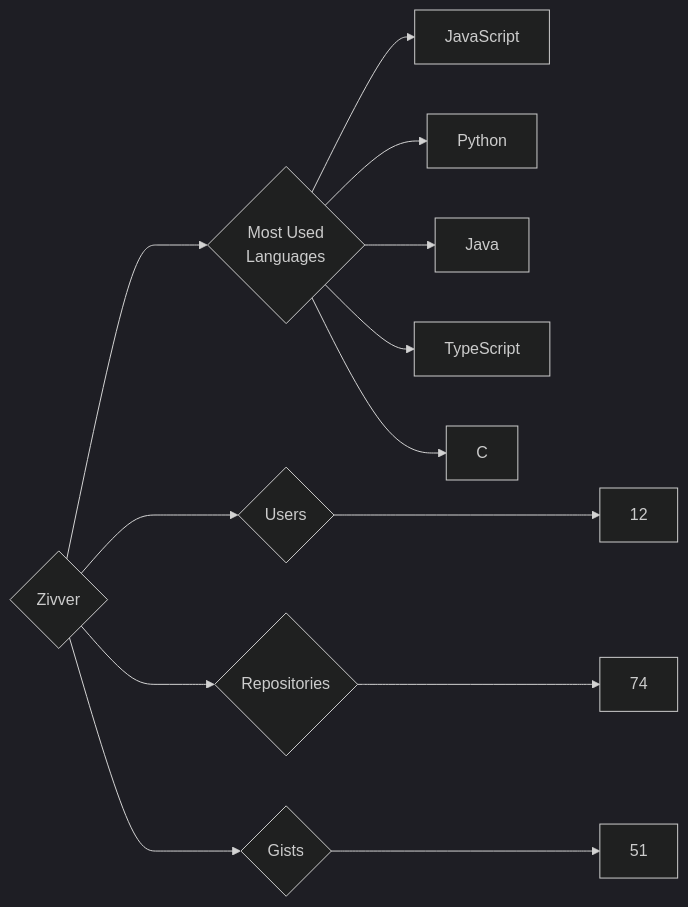
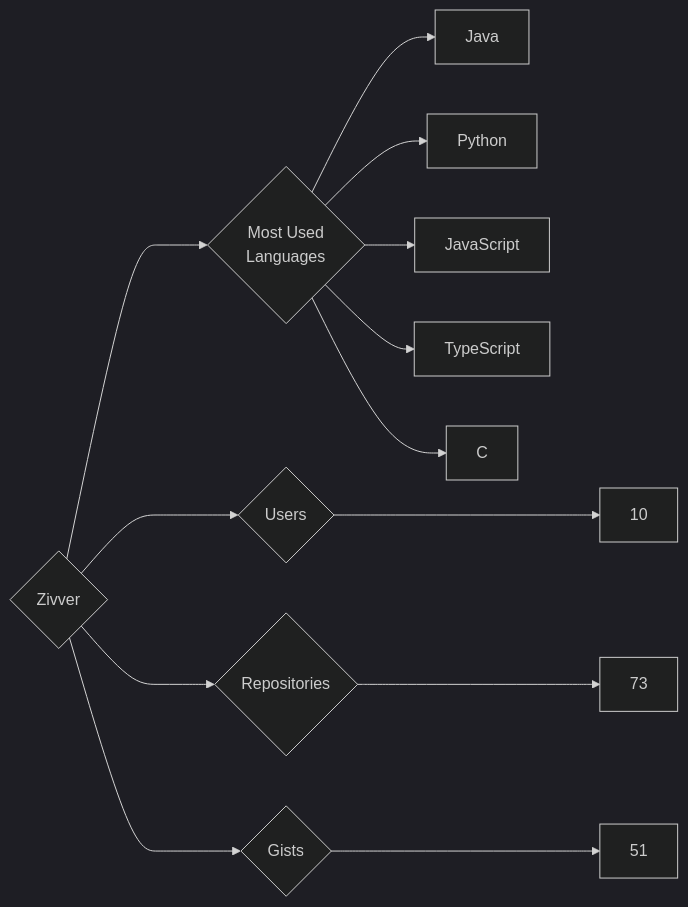
Before and after one commit to trickest/insiders: the diagram in targets/Zivver/README.md, drawn with Mermaid (dark theme). The commit also changed 835 other files, not shown here.

````diff
--- a/targets/Zivver/README.md
+++ b/targets/Zivver/README.md
@@ -3,13 +3,13 @@
 ```mermaid
 graph LR
 COMPANY_NAME{Zivver}
-COMPANY_NAME ---> U{Users} ---> UN[12]
-COMPANY_NAME ---> R{Repositories} ---> RN[74]
+COMPANY_NAME ---> U{Users} ---> UN[10]
+COMPANY_NAME ---> R{Repositories} ---> RN[73]
 COMPANY_NAME ---> G{Gists} ---> GN[51]
 COMPANY_NAME ---> ML{Most Used<br>Languages}
+ML --> Java[Java]
+ML --> Python[Python]
 ML --> JavaScript[JavaScript]
-ML --> Python[Python]
-ML --> Java[Java]
 ML --> TypeScript[TypeScript]
 ML --> C[C]
 ```
````
